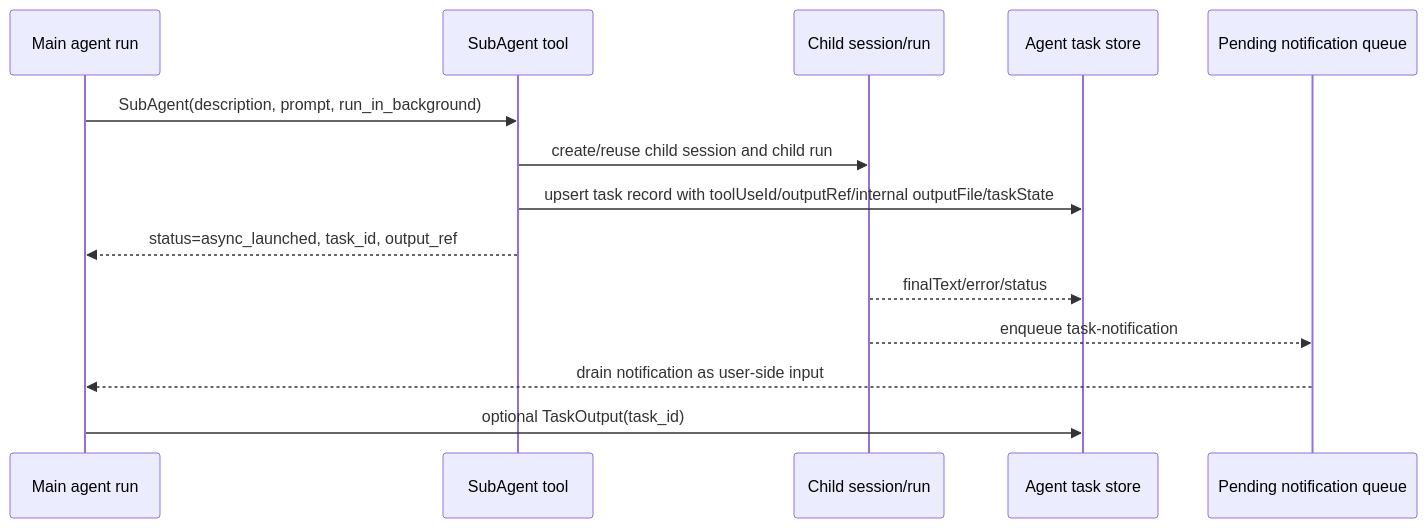
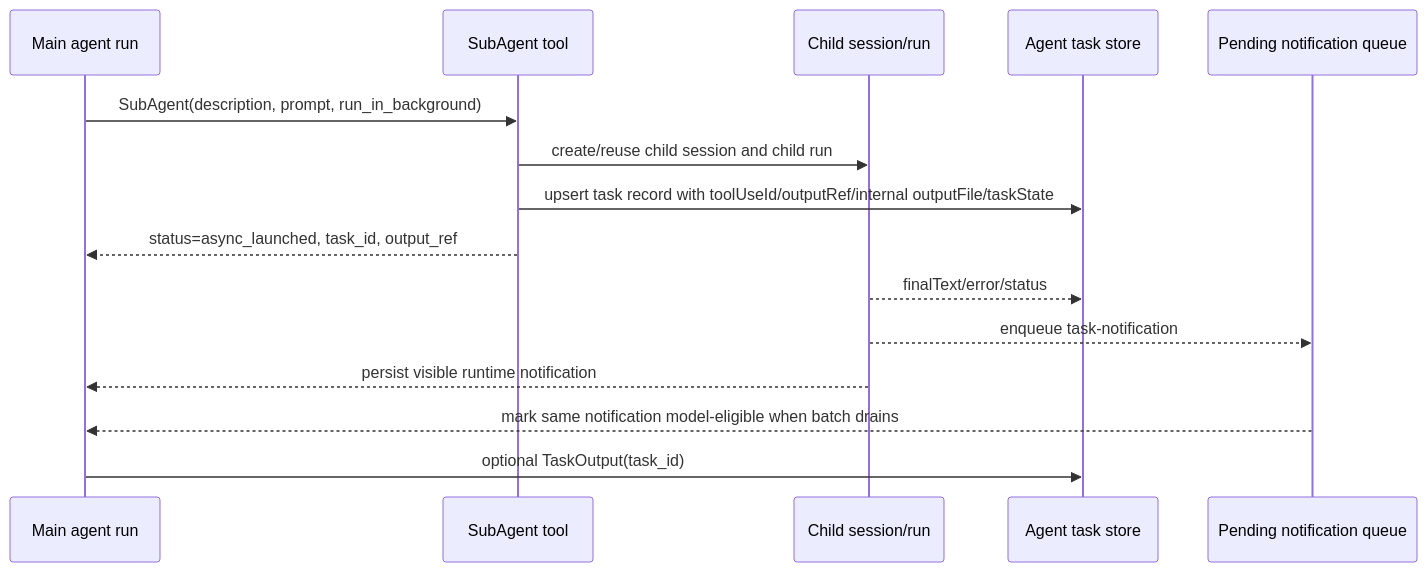
One commit to fantasy-99/OpenAgentHarness changed the diagram in docs/engine/subagent-orchestration.md. Above: the diagram before and after it, drawn with Mermaid. The commit also changed other lines of this file and 9 other files, not shown here.

````diff
--- a/docs/engine/subagent-orchestration.md
+++ b/docs/engine/subagent-orchestration.md
@@ -136,17 +140,18 @@
 ```mermaid
 sequenceDiagram
     participant Main as Main agent run
     participant Tool as SubAgent tool
     participant Child as Child session/run
     participant Store as Agent task store
     participant Queue as Pending notification queue
 
     Main->>Tool: SubAgent(description, prompt, run_in_background)
     Tool->>Child: create/reuse child session and child run
     Tool->>Store: upsert task record with toolUseId/outputRef/internal outputFile/taskState
     Tool-->>Main: status=async_launched, task_id, output_ref
     Child-->>Store: finalText/error/status
     Child-->>Queue: enqueue task-notification
-    Queue-->>Main: drain notification as user-side input
+    Child-->>Main: persist visible runtime notification
+    Queue-->>Main: mark same notification model-eligible when batch drains
     Main->>Store: optional TaskOutput(task_id)
 ```
````
